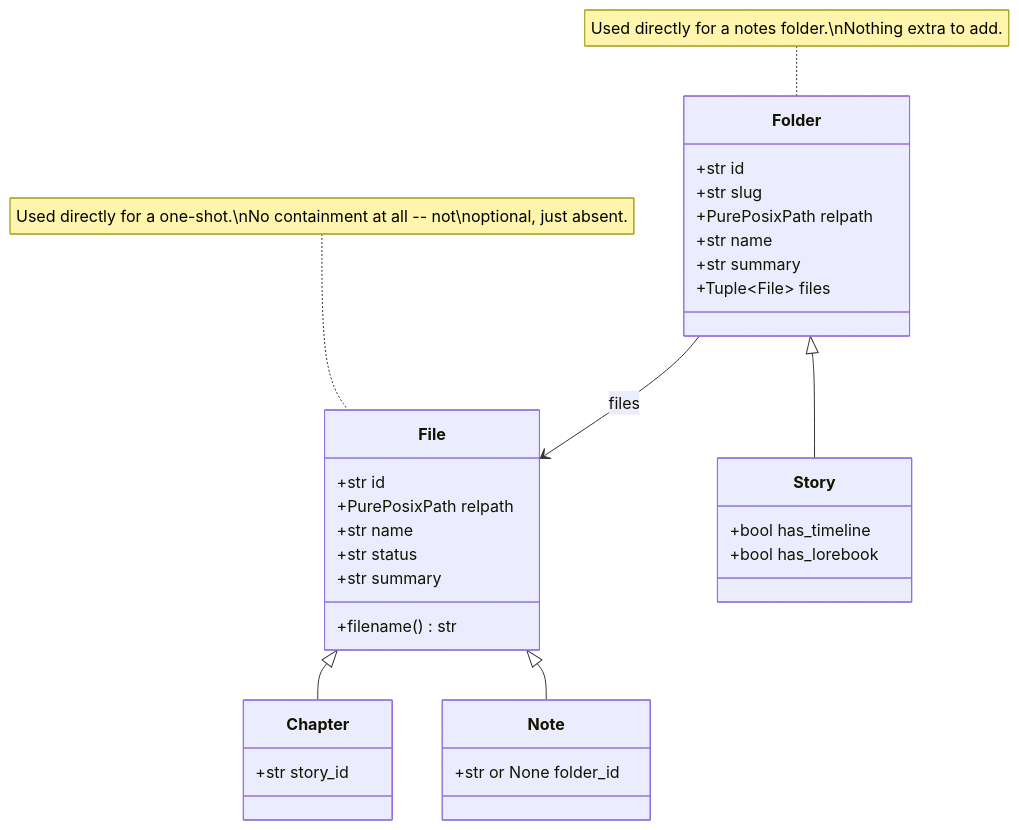
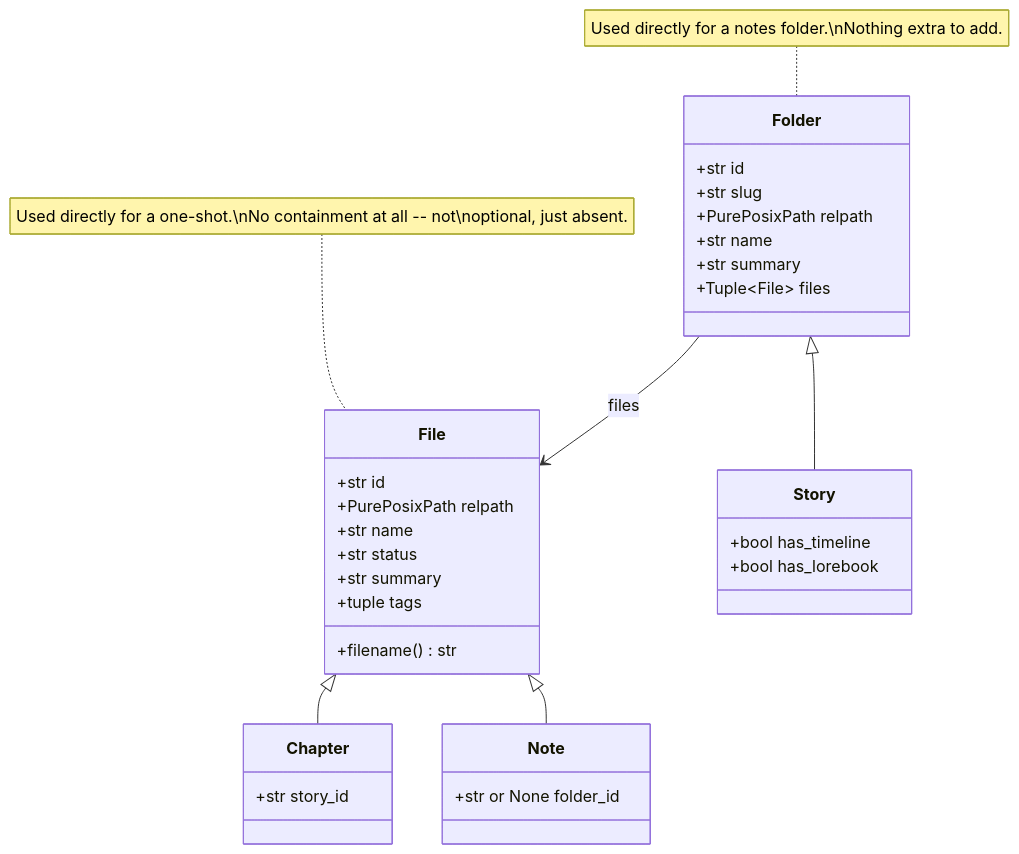
One commit to InkSpireEditor/inkspire-api changed the diagram in docs/entries.md. Above: the diagram before and after it, drawn with Mermaid. The commit also changed other lines of this file and 10 other files, not shown here.

````diff
--- a/docs/entries.md
+++ b/docs/entries.md
@@ -12,37 +12,38 @@
 ```mermaid
 classDiagram
     class File {
         +str id
         +PurePosixPath relpath
         +str name
         +str status
         +str summary
+        +tuple tags
         +filename() str
     }
     class Chapter {
         +str story_id
     }
     class Note {
         +str or None folder_id
     }
     File <|-- Chapter
     File <|-- Note
     note for File "Used directly for a one-shot.\nNo containment at all -- not\noptional, just absent."
 
     class Folder {
         +str id
         +str slug
         +PurePosixPath relpath
         +str name
         +str summary
         +Tuple~File~ files
     }
     class Story {
         +bool has_timeline
         +bool has_lorebook
     }
     Folder <|-- Story
     note for Folder "Used directly for a notes folder.\nNothing extra to add."
 
     Folder --> File : files
 ```
````
